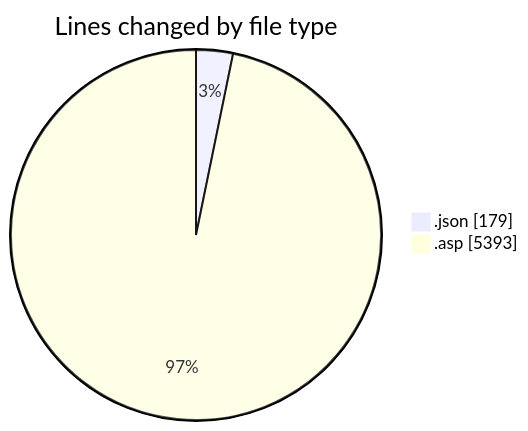
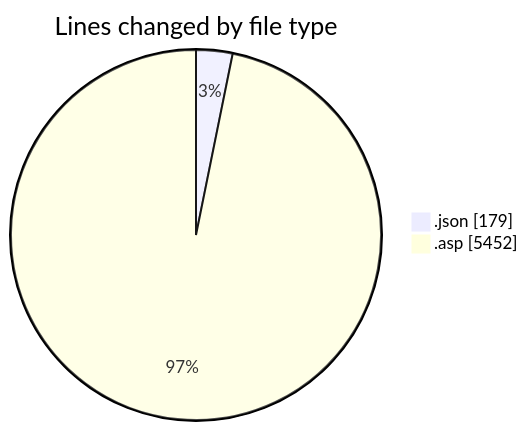
The first of 2 diagrams in 2025-11-17/cdp_aleoudev_fr__workspace_/README.md (julien-gomy/code-tracking), drawn with Mermaid before and after one commit. The commit also changed other lines of this file and 1 other file, not shown here.

````diff
--- a/2025-11-17/cdp_aleoudev_fr__workspace_/README.md
+++ b/2025-11-17/cdp_aleoudev_fr__workspace_/README.md
@@ -26,6 +27,6 @@
 ```mermaid
 pie showData
 title Lines changed by file type
 ".json" : 179
-".asp" : 5393
+".asp" : 5452
 ```
````
